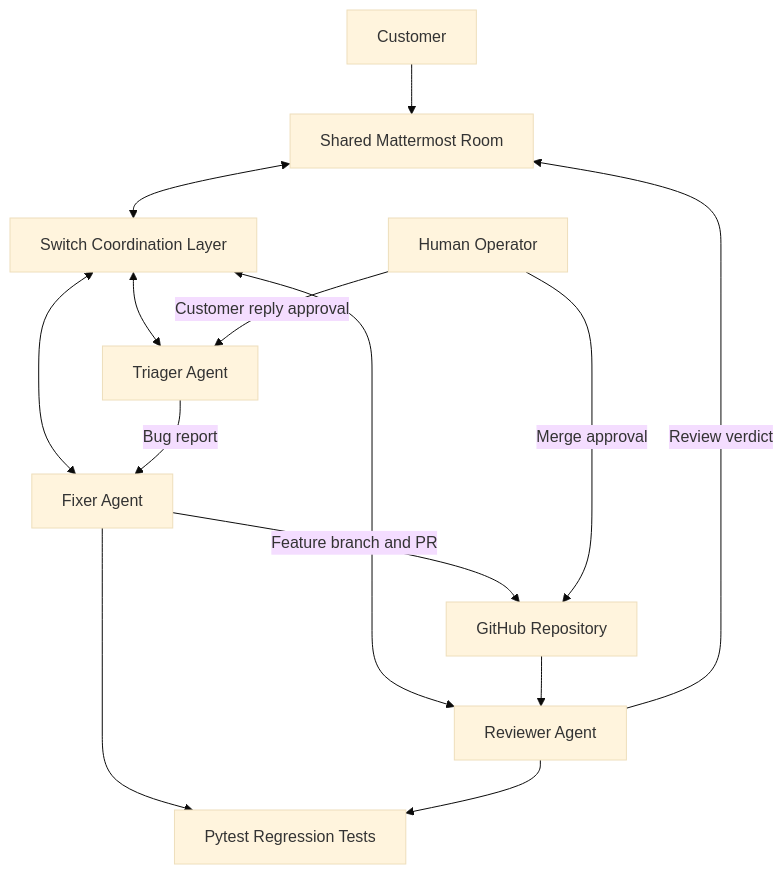
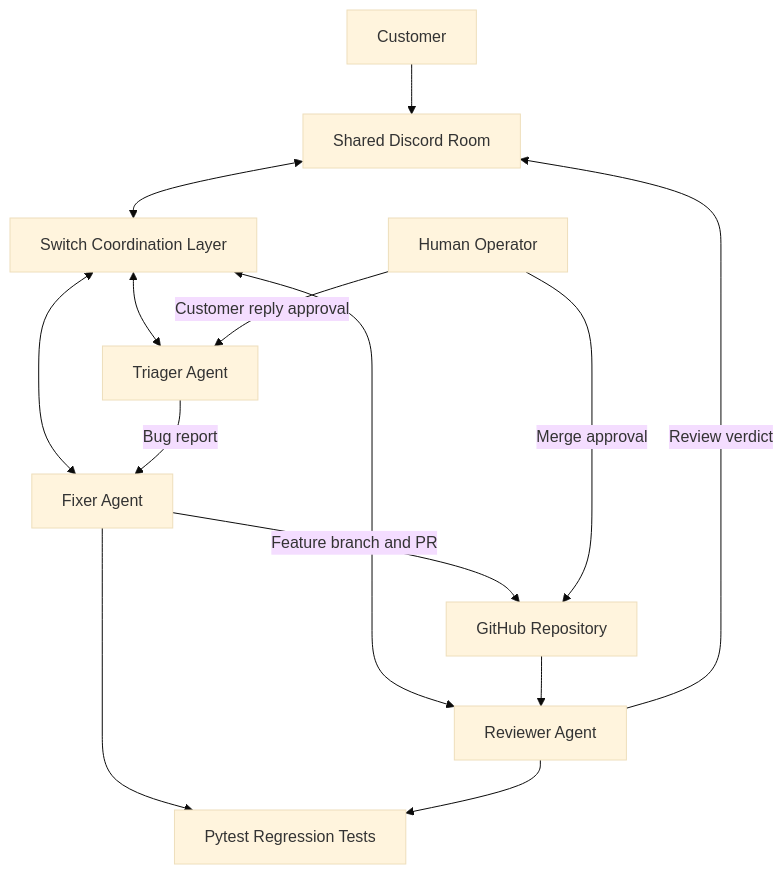
Before and after one commit to Jatin083/shiploop: the diagram in docs/architecture.md, drawn with Mermaid (base theme). The commit also changed other lines of this file and 3 other files, not shown here.

````diff
--- a/docs/architecture.md
+++ b/docs/architecture.md
@@ -18,32 +18,32 @@
 ```mermaid
 flowchart TB
     Customer[Customer]
-    Chat[Shared Mattermost Room]
+    Chat[Shared Discord Room]
     Switch[Switch Coordination Layer]
 
     Triager[Triager Agent]
     Fixer[Fixer Agent]
     Reviewer[Reviewer Agent]
 
     GitHub[GitHub Repository]
     Tests[Pytest Regression Tests]
     Human[Human Operator]
 
     Customer --> Chat
     Chat <--> Switch
 
     Switch <--> Triager
     Switch <--> Fixer
     Switch <--> Reviewer
 
     Triager -->|Bug report| Fixer
     Fixer -->|Feature branch and PR| GitHub
     GitHub --> Reviewer
     Reviewer -->|Review verdict| Chat
 
     Fixer --> Tests
     Reviewer --> Tests
 
     Human -->|Merge approval| GitHub
     Human -->|Customer reply approval| Triager
 ```
````
